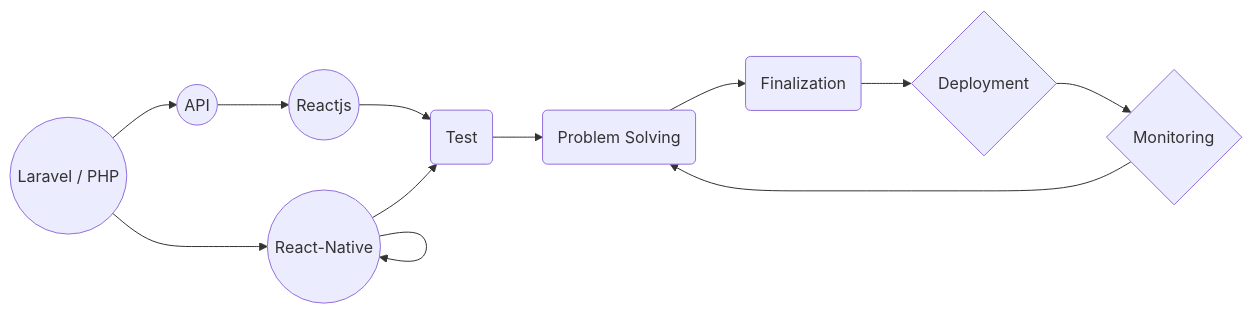
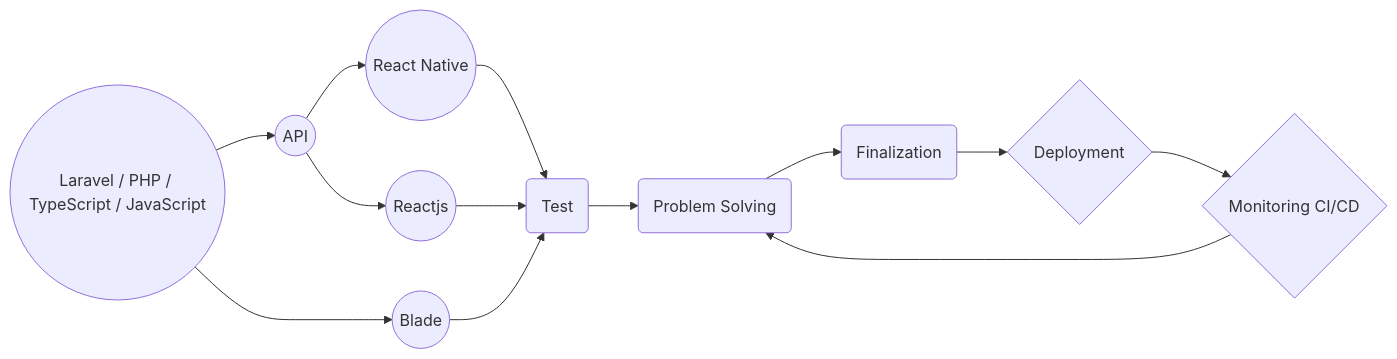
Before and after one commit to zahidmzhmm/zahidmzhmm: the diagram in README.md, drawn with Mermaid. The commit also changed other lines of this file, not shown here.

````diff
--- a/README.md
+++ b/README.md
@@ -38,13 +39,13 @@
 ```mermaid
 graph LR
-A((Laravel / PHP)) --> B((Blade)) --> B((React-Native))
-A --> C((API))
+A((Laravel / PHP / TypeScript / JavaScript)) --> B((Blade))  
+A --> C((API))--> J((React Native)) --> D
 E --> D(Test)
 C --> E((Reactjs))
 B --> D
 D --> F(Problem Solving)
 F --> G(Finalization)
 G --> H{Deployment}
-H --> I{Monitoring}
+H --> I{Monitoring CI/CD}
 I --> F
 ```
````
